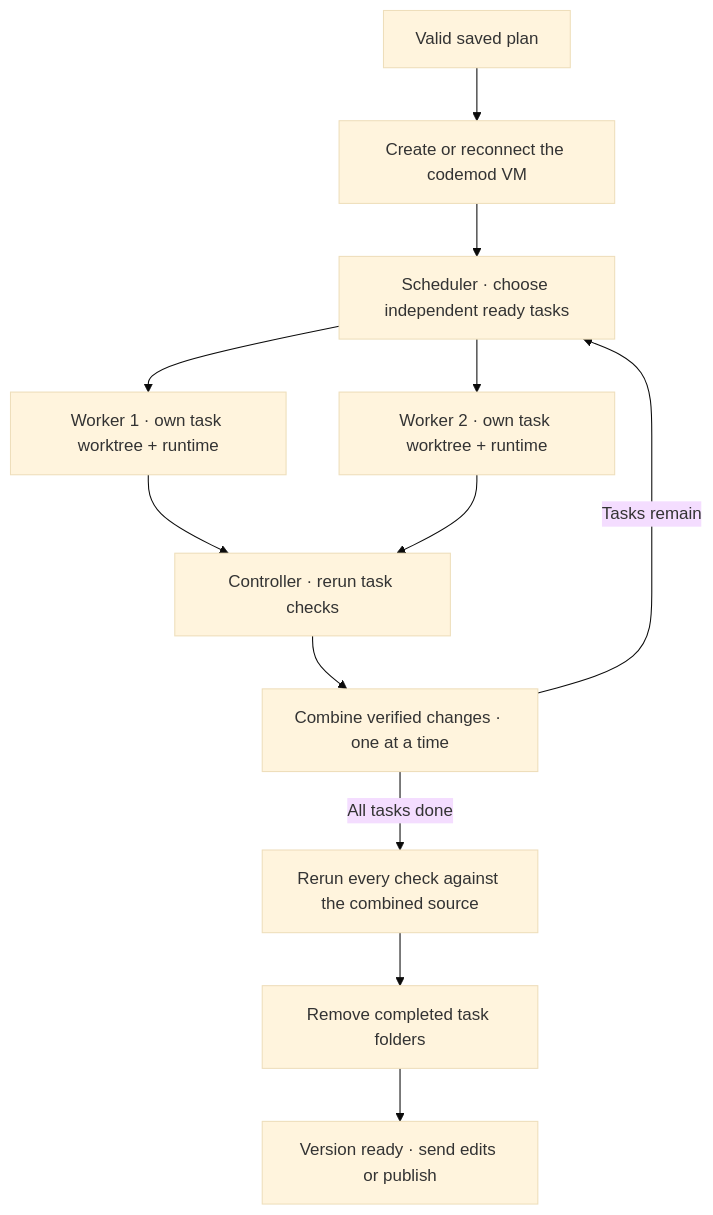
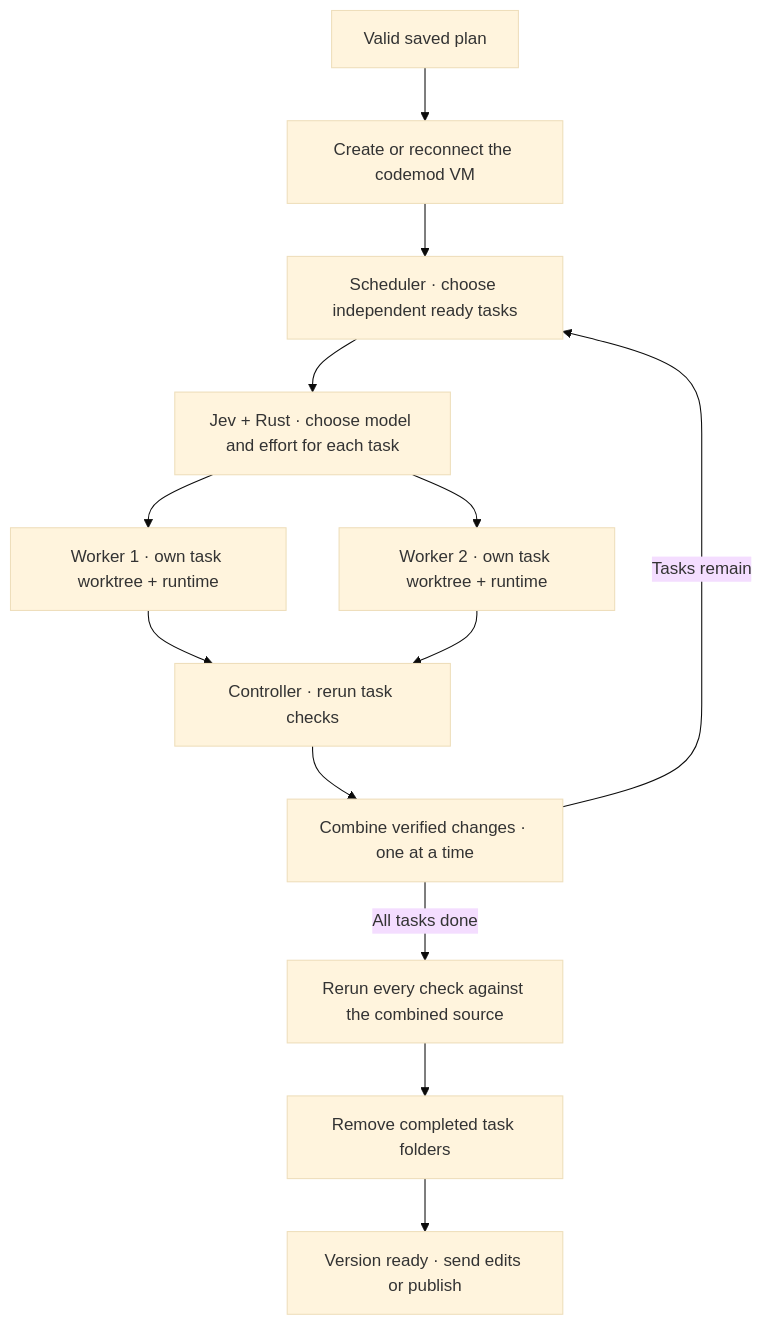
One commit to minimumeffort-dev/sprowt.harness changed the first of 2 diagrams in docs/execution.md. Above: the diagram before and after it, drawn with Mermaid (base theme). The commit also changed 19 other files, not shown here.

Commit message:
Replace Laya with Jev task routing and Astra xhigh planning

````diff
--- a/docs/execution.md
+++ b/docs/execution.md
@@ -5,14 +5,15 @@
 ```mermaid
 flowchart TB
     plan["Valid saved plan"] --> vm["Create or reconnect the codemod VM"]
     vm --> task["Scheduler · choose independent ready tasks"]
-    task --> first["Worker 1 · own task worktree + runtime"]
-    task --> second["Worker 2 · own task worktree + runtime"]
+    task --> route["Jev + Rust · choose model and effort for each task"]
+    route --> first["Worker 1 · own task worktree + runtime"]
+    route --> second["Worker 2 · own task worktree + runtime"]
     first --> checks["Controller · rerun task checks"]
     second --> checks
     checks --> merge["Combine verified changes · one at a time"]
     merge -->|"Tasks remain"| task
     merge -->|"All tasks done"| final["Rerun every check against the combined source"]
     final --> cleanup["Remove completed task folders"]
     cleanup --> ready["Version ready · send edits or publish"]
 ```
````
